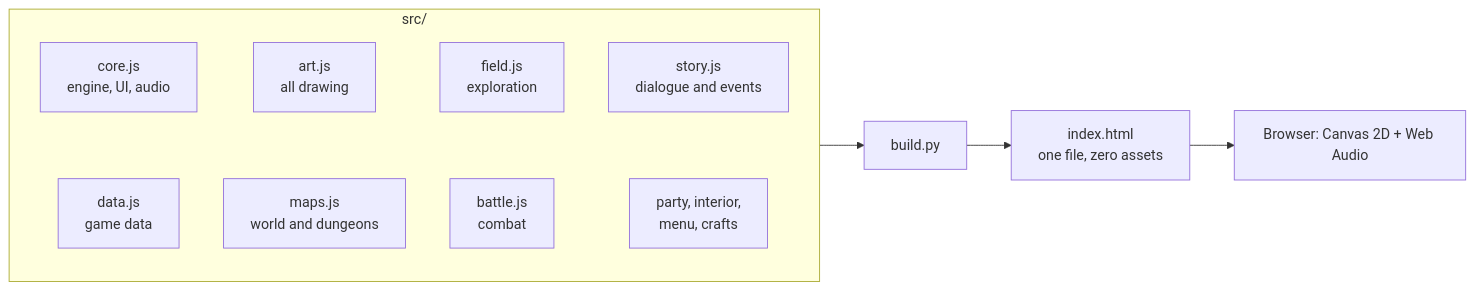
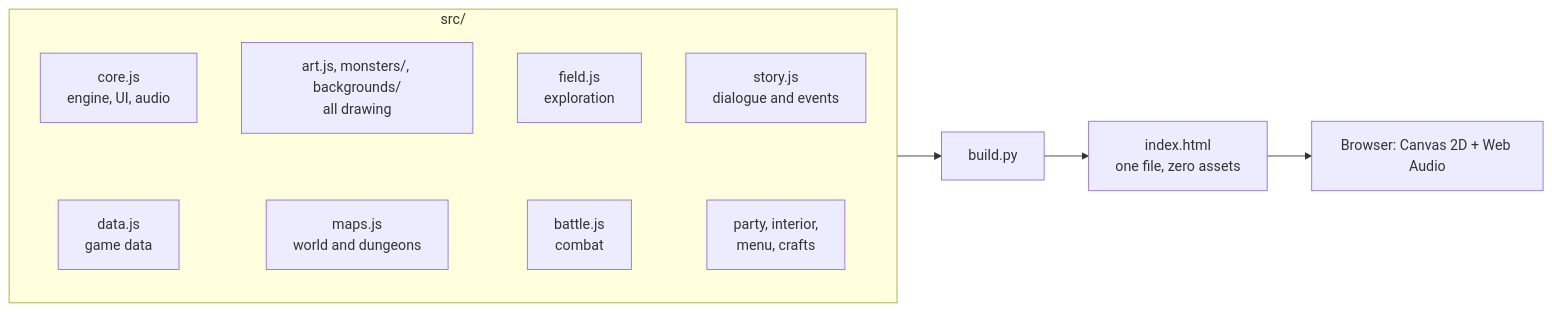
Before and after one commit to CptNope/Laternfall: the fourth of 5 diagrams in README.md, drawn with Mermaid. The commit also changed other lines of this file and 51 other files, not shown here.

````diff
--- a/README.md
+++ b/README.md
@@ -319,12 +319,12 @@
 ```mermaid
 flowchart LR
     subgraph Source[src/]
       direction TB
       core[core.js<br/>engine, UI, audio] ~~~ data[data.js<br/>game data]
-      art[art.js<br/>all drawing] ~~~ maps[maps.js<br/>world and dungeons]
+      art[art.js, monsters/, backgrounds/<br/>all drawing] ~~~ maps[maps.js<br/>world and dungeons]
       field[field.js<br/>exploration] ~~~ battle[battle.js<br/>combat]
       story[story.js<br/>dialogue and events] ~~~ more[party, interior,<br/>menu, crafts]
     end
     Source --> B[build.py] --> H[index.html<br/>one file, zero assets]
     H --> W[Browser: Canvas 2D + Web Audio]
 ```
````
